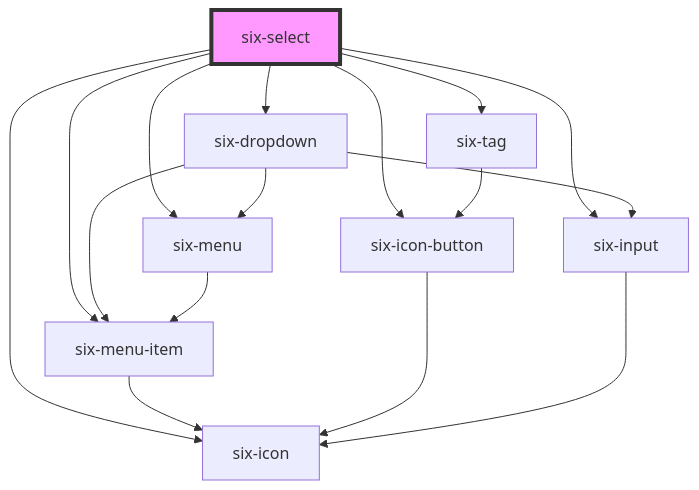
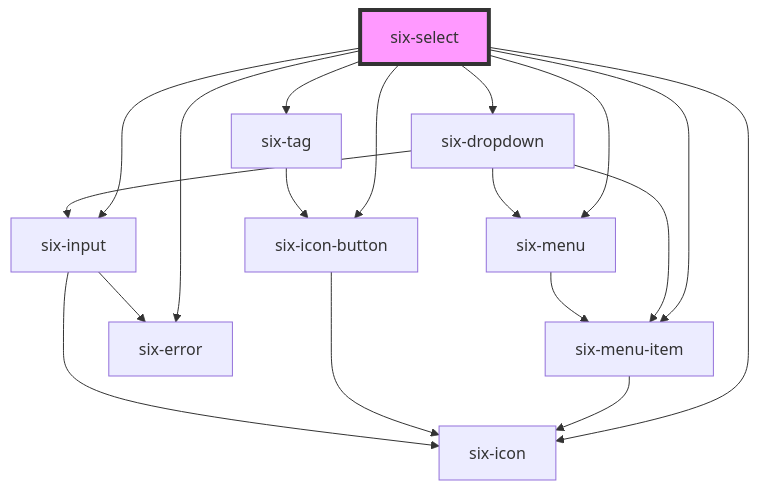
The diagram in libraries/ui-library/src/components/six-select/readme.md (six-group/six-webcomponents), drawn with Mermaid before and after one commit. The commit also changed other lines of this file and 32 other files, not shown here.

Commit message:
Multiple errors + error slot for input items (#70)

````diff
--- a/libraries/ui-library/src/components/six-select/readme.md
+++ b/libraries/ui-library/src/components/six-select/readme.md
@@ -98,19 +99,21 @@
 ```mermaid
 graph TD;
   six-select --> six-menu-item
   six-select --> six-tag
   six-select --> six-dropdown
   six-select --> six-icon-button
   six-select --> six-icon
   six-select --> six-input
   six-select --> six-menu
+  six-select --> six-error
   six-menu-item --> six-icon
   six-tag --> six-icon-button
   six-icon-button --> six-icon
   six-dropdown --> six-menu-item
   six-dropdown --> six-input
   six-dropdown --> six-menu
   six-input --> six-icon
+  six-input --> six-error
   six-menu --> six-menu-item
   style six-select fill:#f9f,stroke:#333,stroke-width:4px
 ```
````
